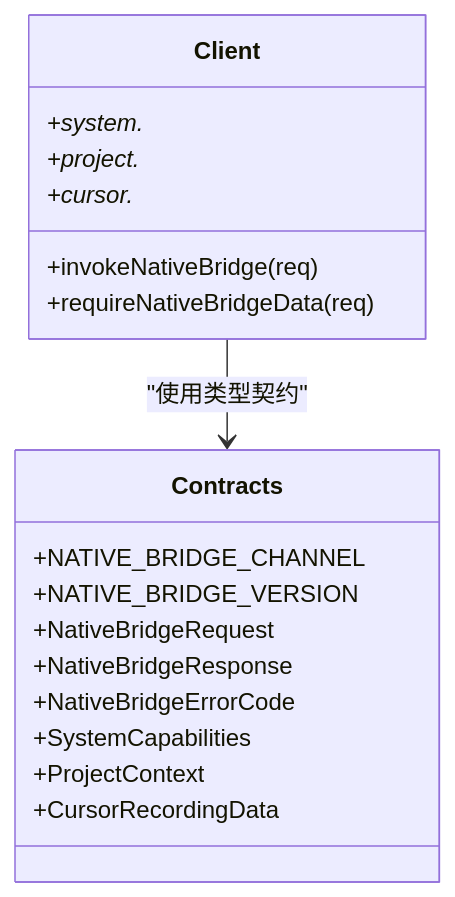
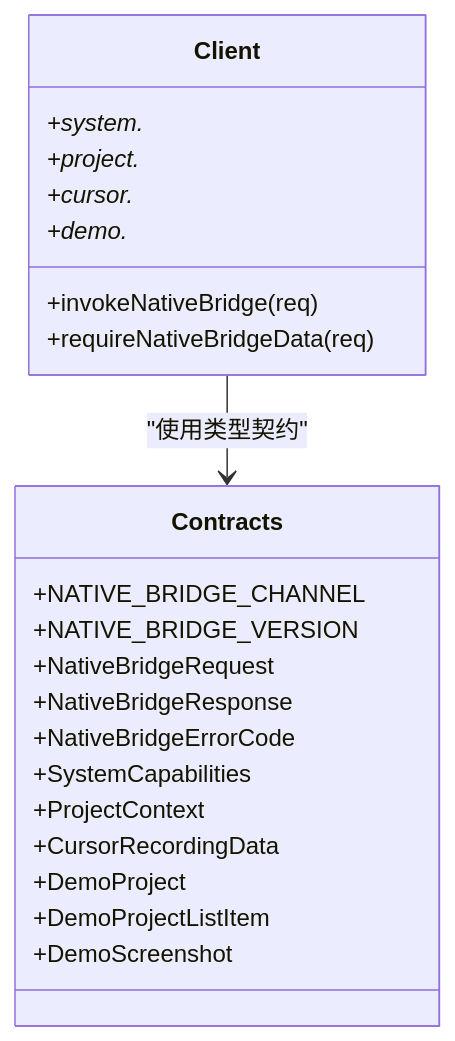
Before and after one commit to zhanggmin/openscreen: the eighth of 9 diagrams in .qoder/repowiki/zh/content/原生桥接系统/原生桥接系统.md, drawn with Mermaid. The commit also changed other lines of this file and 87 other files, not shown here.

````diff
--- a/.qoder/repowiki/zh/content/原生桥接系统/原生桥接系统.md
+++ b/.qoder/repowiki/zh/content/原生桥接系统/原生桥接系统.md
@@ -263,21 +355,25 @@
 ```mermaid
 classDiagram
 class Contracts {
 +NATIVE_BRIDGE_CHANNEL
 +NATIVE_BRIDGE_VERSION
 +NativeBridgeRequest
 +NativeBridgeResponse
 +NativeBridgeErrorCode
 +SystemCapabilities
 +ProjectContext
 +CursorRecordingData
++DemoProject
++DemoProjectListItem
++DemoScreenshot
 }
 class Client {
 +invokeNativeBridge(req)
 +requireNativeBridgeData(req)
 +system.*
 +project.*
 +cursor.*
++demo.*
 }
 Client --> Contracts : "使用类型契约"
 ```
````
